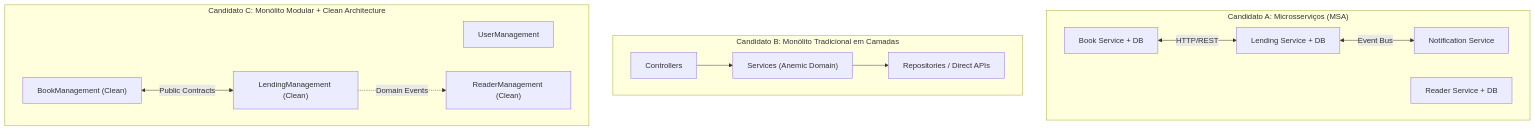
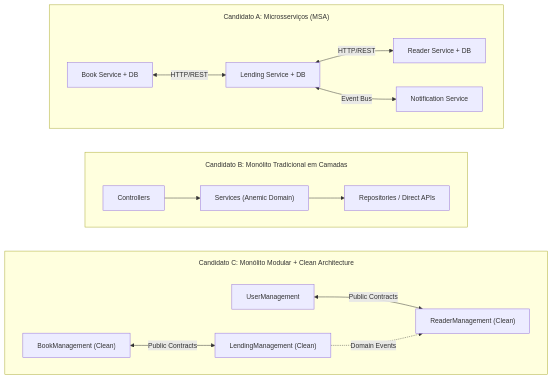
Before and after one commit to RafaelBrandao04/psoft-project-2026-1: the second of 2 diagrams in Docs/ARQSOFT/system-to-be/reference-architectures.md, drawn with Mermaid. The commit also changed other lines of this file and 6 other files, not shown here.

````diff
--- a/Docs/ARQSOFT/system-to-be/reference-architectures.md
+++ b/Docs/ARQSOFT/system-to-be/reference-architectures.md
@@ -48,26 +49,32 @@
 ```mermaid
+%%{init: {'themeVariables': { 'fontSize': '14px' }, 'flowchart': { 'subGraphTitleMargin': { 'top': 15, 'bottom': 20 } } } }%%
 graph TD
     subgraph CandA["Candidato A: Microsserviços (MSA)"]
         MSA1["Book Service + DB"]
         MSA2["Lending Service + DB"]
         MSA3["Reader Service + DB"]
         MSA4["Notification Service"]
-        MSA1 <-->|HTTP/REST| MSA2 <-->|Event Bus| MSA4
+        MSA1 <-->|HTTP/REST| MSA2
+        MSA2 <-->|HTTP/REST| MSA3
+        MSA2 <-->|Event Bus| MSA4
     end
 
     subgraph CandB["Candidato B: Monólito Tradicional em Camadas"]
         TL1["Controllers"]
         TL2["Services (Anemic Domain)"]
         TL3["Repositories / Direct APIs"]
         TL1 --> TL2 --> TL3
     end
 
     subgraph CandC["Candidato C: Monólito Modular + Clean Architecture"]
         MM1["UserManagement"]
         MM2["BookManagement (Clean)"]
         MM3["LendingManagement (Clean)"]
         MM4["ReaderManagement (Clean)"]
+        MM1 <-->|Public Contracts| MM4
         MM2 <-->|Public Contracts| MM3
         MM3 -.->|Domain Events| MM4
     end
+
+    CandA ~~~ CandB ~~~ CandC
 ```
````
